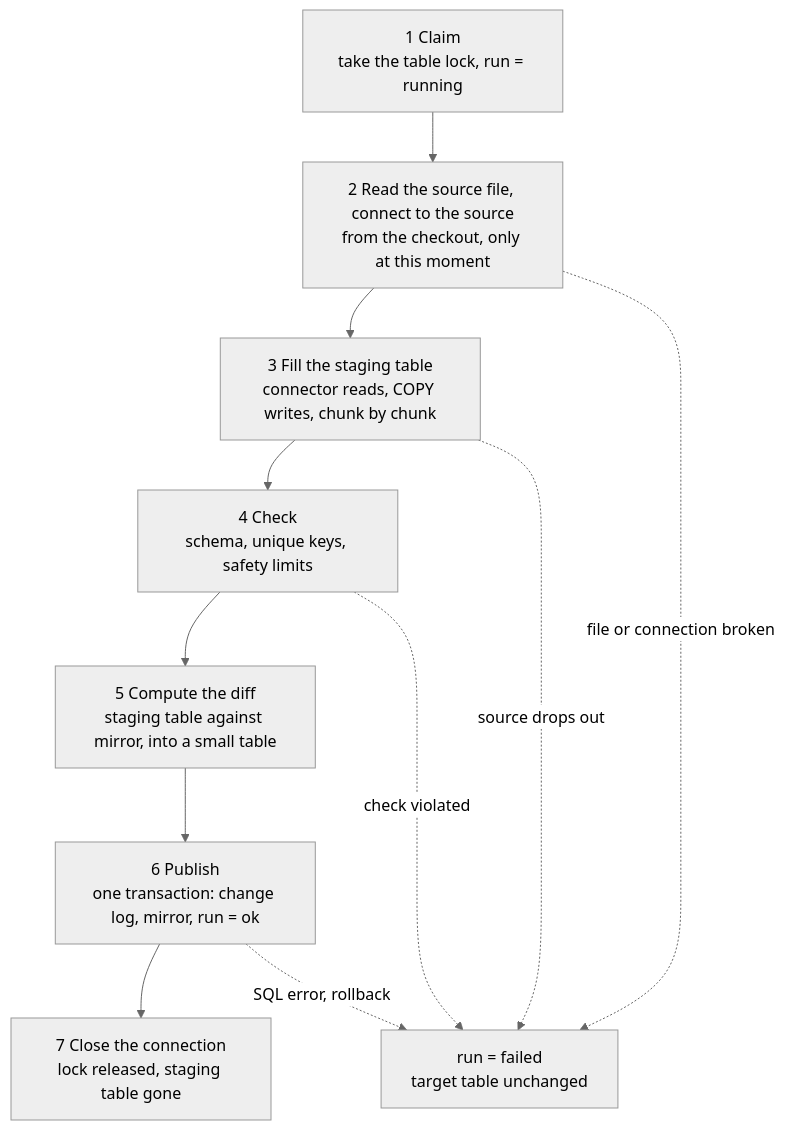
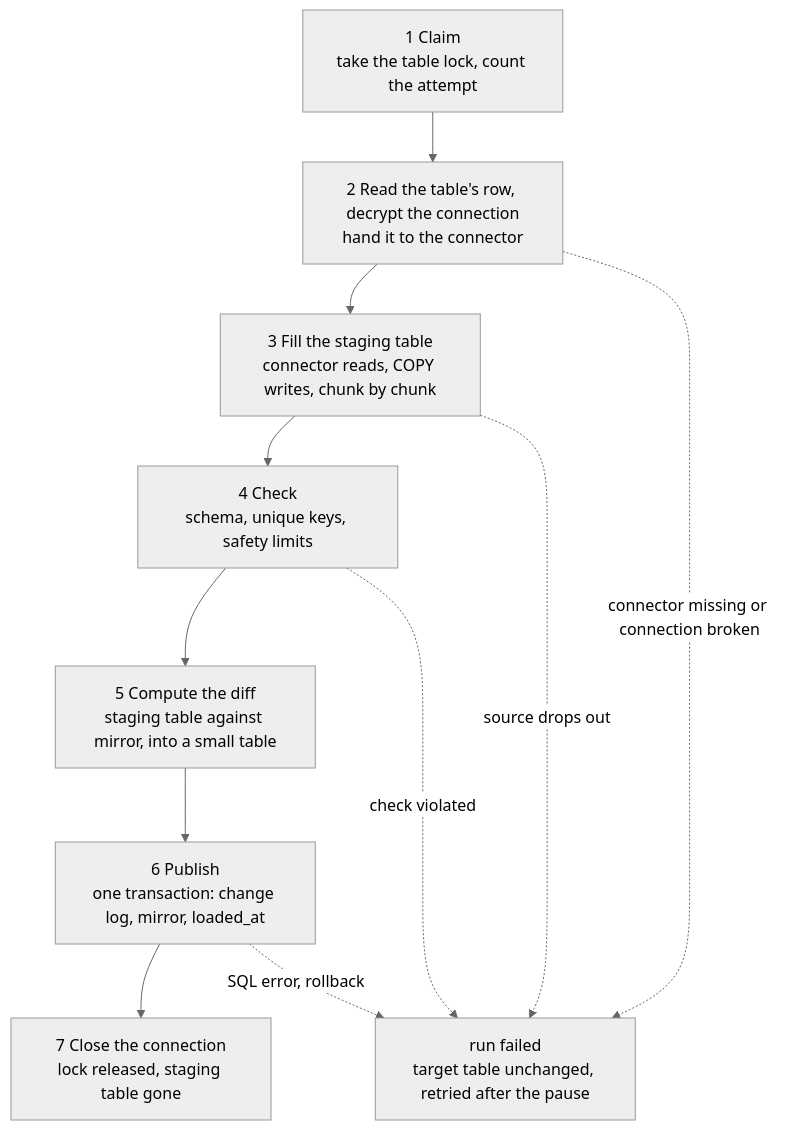
Before and after one commit to romanhaendler/rowvioli: the second of 5 diagrams in README.md, drawn with Mermaid (neutral theme). The commit also changed other lines of this file and 7 other files, not shown here.

````diff
--- a/README.md
+++ b/README.md
@@ -128,14 +212,14 @@
 ```mermaid
 flowchart TD
-    A["1 Claim<br/>take the table lock, run = running"] --> B["2 Read the source file, connect to the source<br/>from the checkout, only at this moment"]
+    A["1 Claim<br/>take the table lock, count the attempt"] --> B["2 Read the table's row, decrypt the connection<br/>hand it to the connector"]
     B --> C["3 Fill the staging table<br/>connector reads, COPY writes, chunk by chunk"]
     C --> D["4 Check<br/>schema, unique keys, safety limits"]
     D --> E["5 Compute the diff<br/>staging table against mirror, into a small table"]
-    E --> F["6 Publish<br/>one transaction: change log, mirror, run = ok"]
+    E --> F["6 Publish<br/>one transaction: change log, mirror, loaded_at"]
     F --> G["7 Close the connection<br/>lock released, staging table gone"]
 
-    B -.->|file or connection broken| X["run = failed<br/>target table unchanged"]
+    B -.->|connector missing or connection broken| X["run failed<br/>target table unchanged, retried after the pause"]
     C -.->|source drops out| X
     D -.->|check violated| X
     F -.->|SQL error, rollback| X
 ```
````
